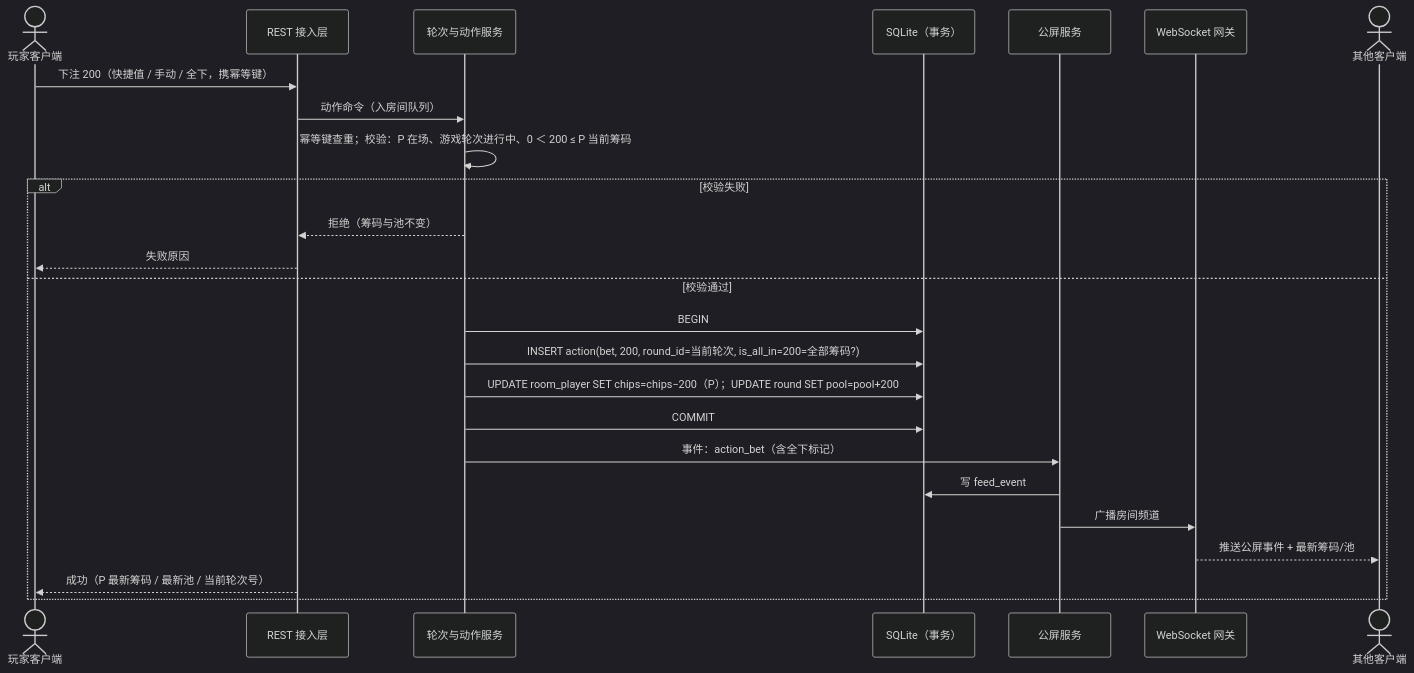
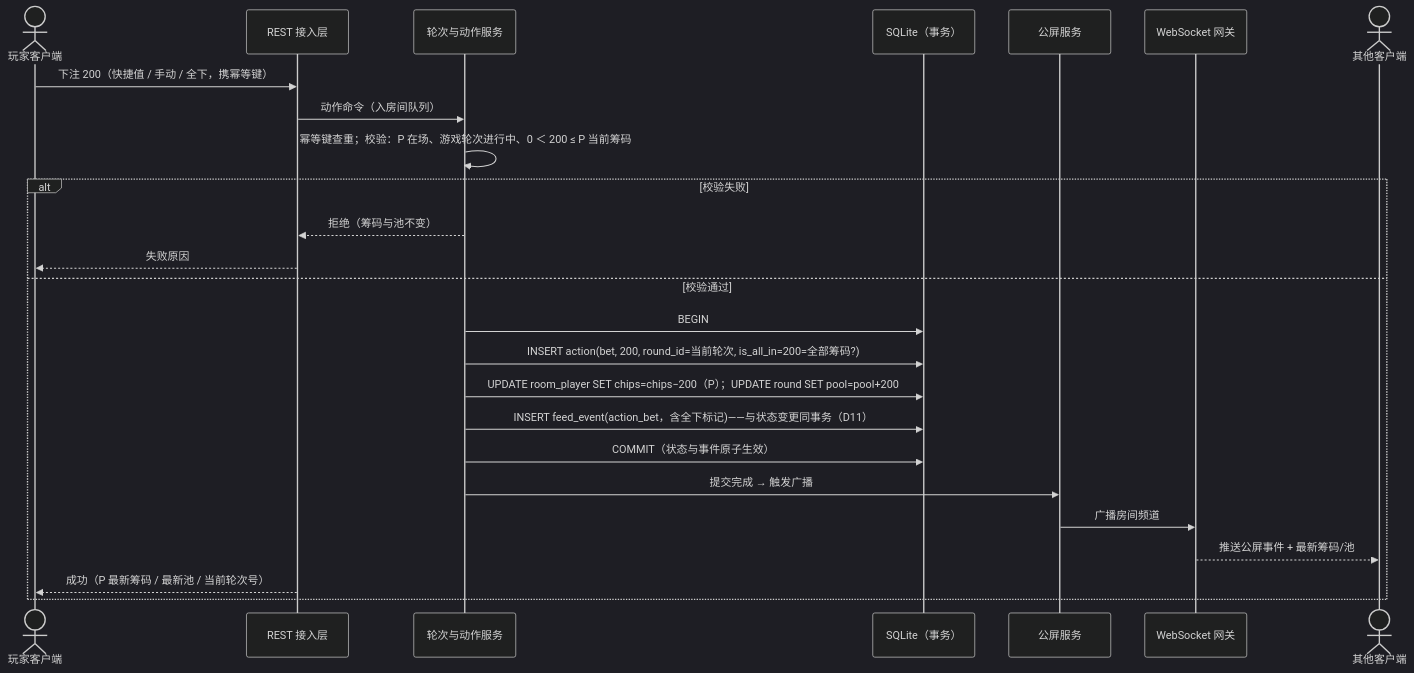
One commit to theozhang32/chips-counter changed the sixth of 11 diagrams in doc/design.md. Above: the diagram before and after it, drawn with Mermaid (dark theme). The commit also changed other lines of this file and 70 other files, not shown here.

````diff
--- a/doc/design.md
+++ b/doc/design.md
@@ -447,28 +492,28 @@
 ```mermaid
 sequenceDiagram
     actor P as 玩家客户端
     participant API as REST 接入层
     participant AS as 轮次与动作服务
     participant DB as SQLite（事务）
     participant FS as 公屏服务
     participant WS as WebSocket 网关
     actor O as 其他客户端
 
     P->>API: 下注 200（快捷值 / 手动 / 全下，携幂等键）
     API->>AS: 动作命令（入房间队列）
     AS->>AS: 幂等键查重；校验：P 在场、游戏轮次进行中、0 ＜ 200 ≤ P 当前筹码
     alt 校验失败
         AS-->>API: 拒绝（筹码与池不变）
         API-->>P: 失败原因
     else 校验通过
         AS->>DB: BEGIN
         AS->>DB: INSERT action(bet, 200, round_id=当前轮次, is_all_in=200=全部筹码?)
         AS->>DB: UPDATE room_player SET chips=chips−200（P）；UPDATE round SET pool=pool+200
-        AS->>DB: COMMIT
-        AS->>FS: 事件：action_bet（含全下标记）
-        FS->>DB: 写 feed_event
+        AS->>DB: INSERT feed_event(action_bet，含全下标记)——与状态变更同事务（D11）
+        AS->>DB: COMMIT（状态与事件原子生效）
+        AS->>FS: 提交完成 → 触发广播
         FS->>WS: 广播房间频道
         WS-->>O: 推送公屏事件 + 最新筹码/池
         API-->>P: 成功（P 最新筹码 / 最新池 / 当前轮次号）
     end
 ```
````
